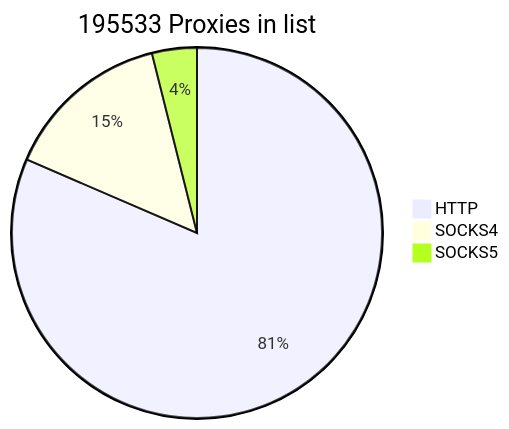
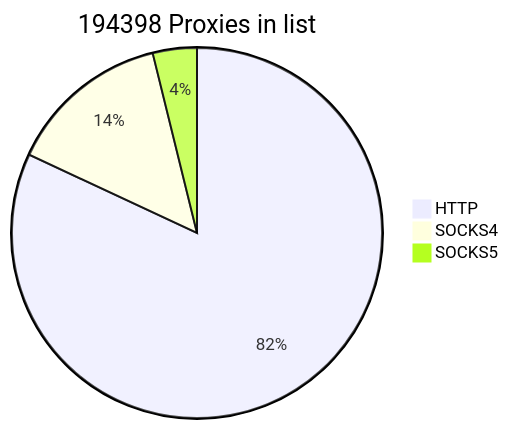
Before and after one commit to cutipu/proxylist: the first of 2 diagrams in README.md, drawn with Mermaid. The commit also changed other lines of this file, not shown here.

````diff
--- a/README.md
+++ b/README.md
@@ -2,7 +2,7 @@
 ```mermaid
-pie title 195533 Proxies in list
-    "HTTP" : 159337
-    "SOCKS4" : 28541
-    "SOCKS5" : 7655
+pie title 194398 Proxies in list
+    "HTTP" : 159309
+    "SOCKS4" : 27617
+    "SOCKS5" : 7472
             
 ```
````
